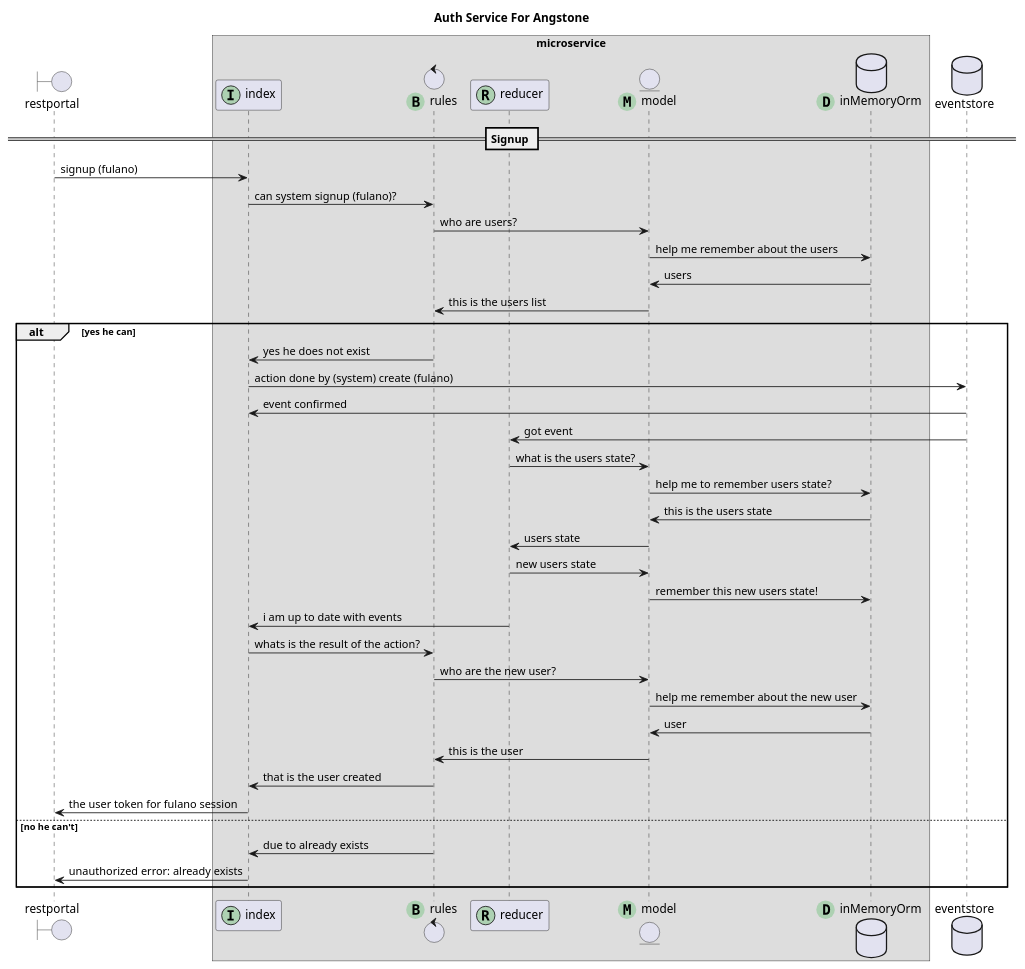
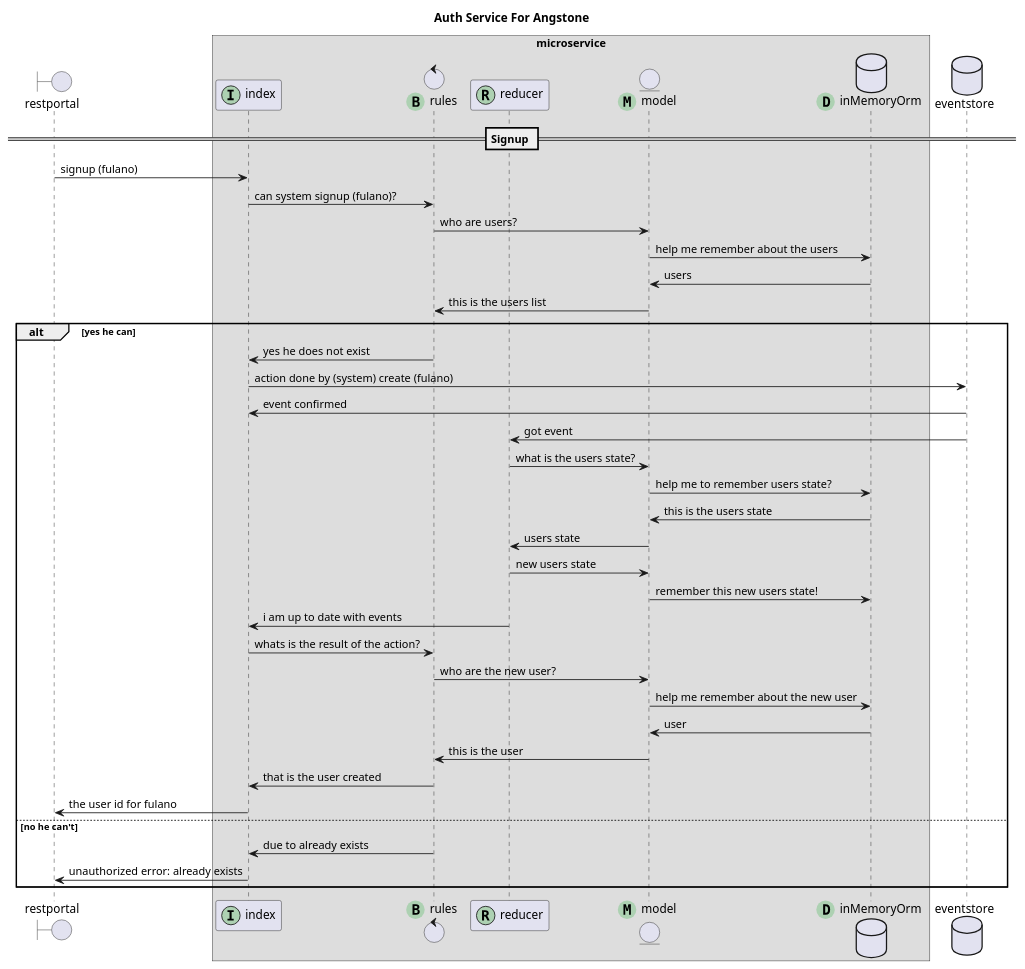
Before and after one commit to angstone/micro: the diagram in docs/schemas/auth.pu, drawn with PlantUML. The commit also changed 17 other files, not shown here.

```diff
--- a/docs/schemas/auth.pu
+++ b/docs/schemas/auth.pu
@@ -1,42 +1,42 @@
 @startuml
 title Auth Service For Angstone
 boundary restportal
 box "microservice"
 participant index << (I,#ADD1B2) >>
 control rules << (B,#ADD1B2) >>
 participant reducer << (R,#ADD1B2) >>
 entity model << (M,#ADD1B2) >>
 database inMemoryOrm << (D,#ADD1B2) >>
 end box
 database eventstore
 == Signup ==
 restportal -> index : signup (fulano)
 index -> rules : can system signup (fulano)?
 rules -> model : who are users?
 model -> inMemoryOrm : help me remember about the users
 inMemoryOrm -> model : users
 model -> rules : this is the users list
 alt yes he can
 rules -> index: yes he does not exist
 index -> eventstore: action done by (system) create (fulano)
 eventstore -> index : event confirmed
 eventstore -> reducer : got event
 reducer -> model : what is the users state?
 model -> inMemoryOrm : help me to remember users state?
 inMemoryOrm -> model : this is the users state
 model -> reducer : users state
 reducer -> model : new users state
 model -> inMemoryOrm : remember this new users state!
 reducer -> index : i am up to date with events
 index -> rules: whats is the result of the action?
 rules -> model : who are the new user?
 model -> inMemoryOrm : help me remember about the new user
 inMemoryOrm -> model : user
 model -> rules : this is the user
 rules -> index : that is the user created
-index -> restportal : the user token for fulano session
+index -> restportal : the user id for fulano
 else no he can't
 rules -> index: due to already exists
 index -> restportal: unauthorized error: already exists
 end
 @enduml
```
